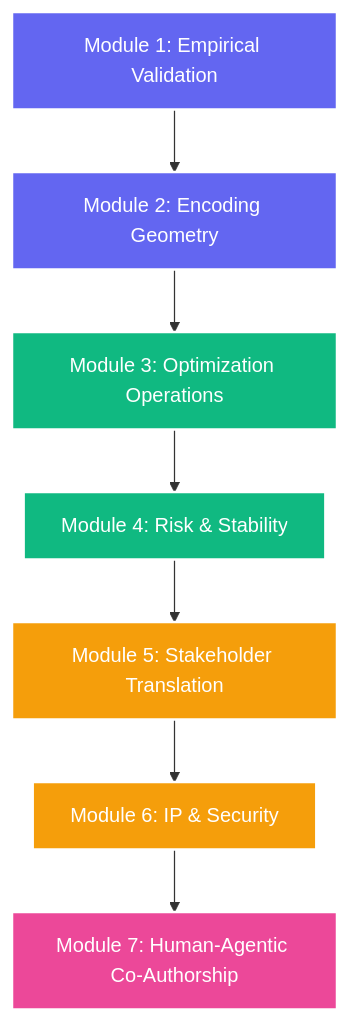
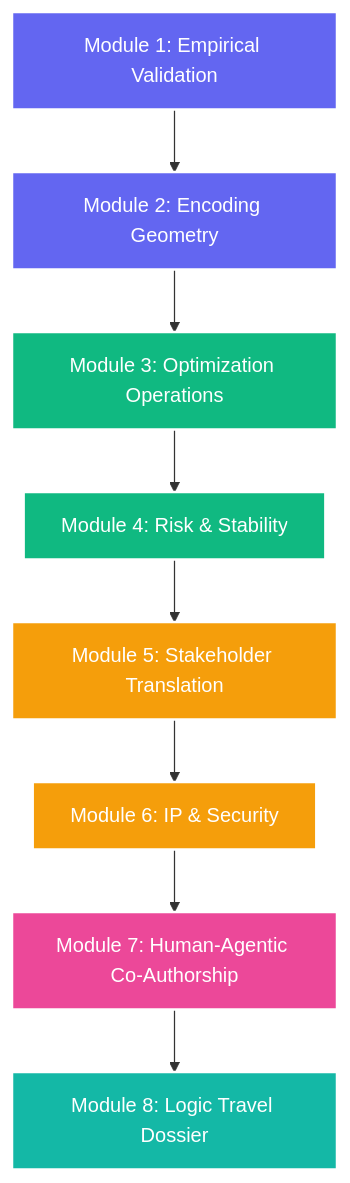
The diagram in DSMF_RESEARCH_FRAMEWORK.md (evecount/dsmf), drawn with Mermaid before and after one commit. The commit also changed other lines of this file, not shown here.

Commit message:
feat: integrate Module 8 Logic Travel Dossier and Strategic Integrity backlogs

````diff
--- a/DSMF_RESEARCH_FRAMEWORK.md
+++ b/DSMF_RESEARCH_FRAMEWORK.md
@@ -17,17 +17,19 @@
 ```mermaid
 graph TD
     M1[Module 1: Empirical Validation] --> M2[Module 2: Encoding Geometry]
     M2 --> M3[Module 3: Optimization Operations]
     M3 --> M4[Module 4: Risk & Stability]
     M4 --> M5[Module 5: Stakeholder Translation]
     M5 --> M6[Module 6: IP & Security]
     M6 --> M7[Module 7: Human-Agentic Co-Authorship]
+    M7 --> M8[Module 8: Logic Travel Dossier]
     
     style M1 fill:#6366f1,stroke:#fff,stroke-width:2px,color:#fff
     style M2 fill:#6366f1,stroke:#fff,stroke-width:2px,color:#fff
     style M3 fill:#10b981,stroke:#fff,stroke-width:2px,color:#fff
     style M4 fill:#10b981,stroke:#fff,stroke-width:2px,color:#fff
     style M5 fill:#f59e0b,stroke:#fff,stroke-width:2px,color:#fff
     style M6 fill:#f59e0b,stroke:#fff,stroke-width:2px,color:#fff
     style M7 fill:#ec4899,stroke:#fff,stroke-width:2px,color:#fff
+    style M8 fill:#14b8a6,stroke:#fff,stroke-width:2px,color:#fff
 ```
````
